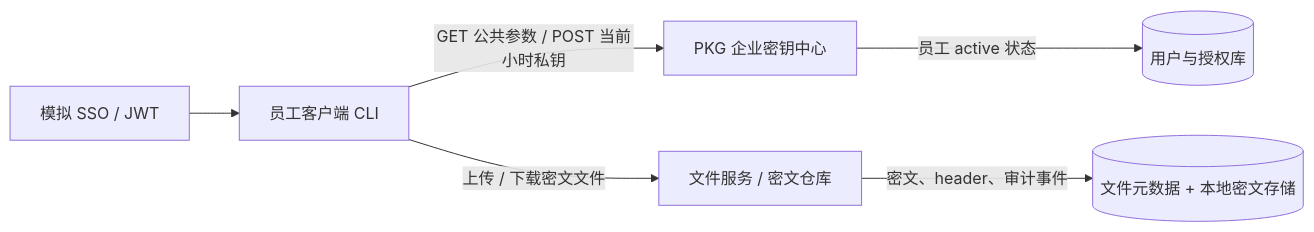
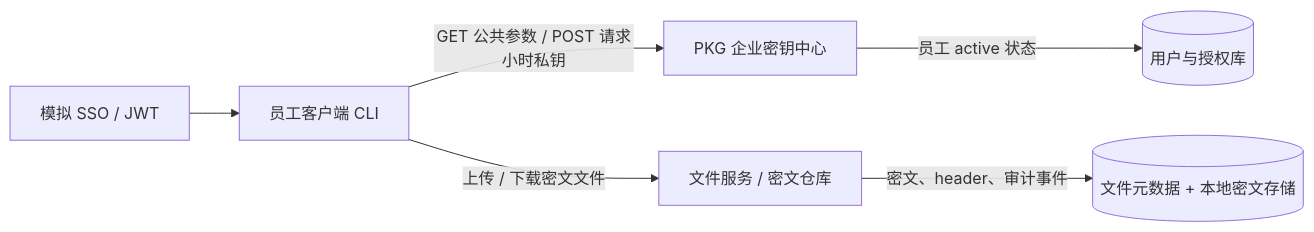
The first of 7 diagrams in docs/diagrams.md (firfisa/BF-IBE), drawn with Mermaid before and after one commit. The commit also changed other lines of this file and 6 other files, not shown here.

````diff
--- a/docs/diagrams.md
+++ b/docs/diagrams.md
@@ -5,8 +5,8 @@
 ```mermaid
 flowchart LR
   SSO["模拟 SSO / JWT"] --> C["员工客户端 CLI"]
-  C -->|"GET 公共参数 / POST 当前小时私钥"| PKG["PKG 企业密钥中心"]
+  C -->|"GET 公共参数 / POST 请求小时私钥"| PKG["PKG 企业密钥中心"]
   C -->|"上传 / 下载密文文件"| FS["文件服务 / 密文仓库"]
   PKG -->|"员工 active 状态"| UDB[("用户与授权库")]
   FS -->|"密文、header、审计事件"| FDB[("文件元数据 + 本地密文存储")]
 ```
````
